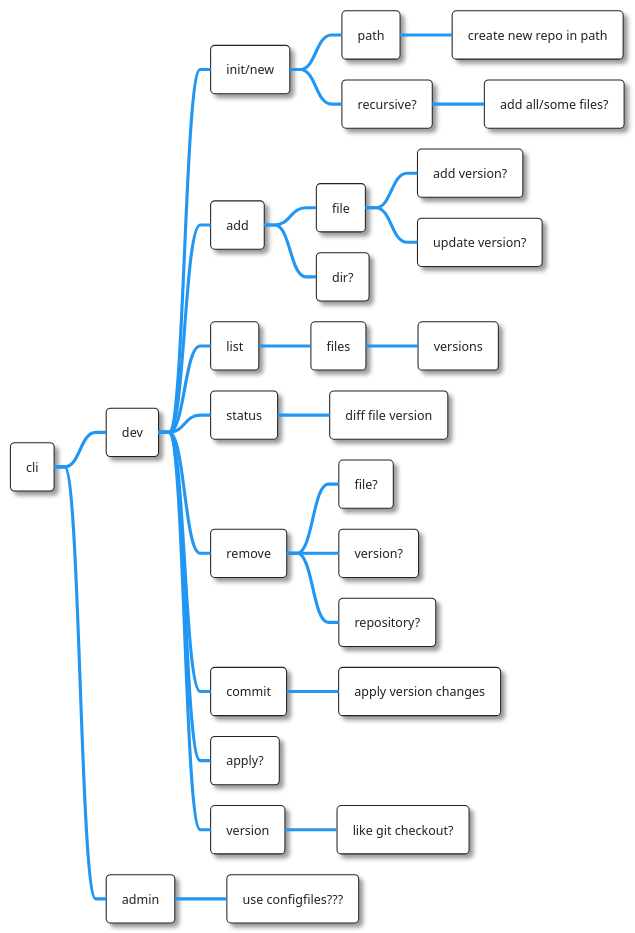
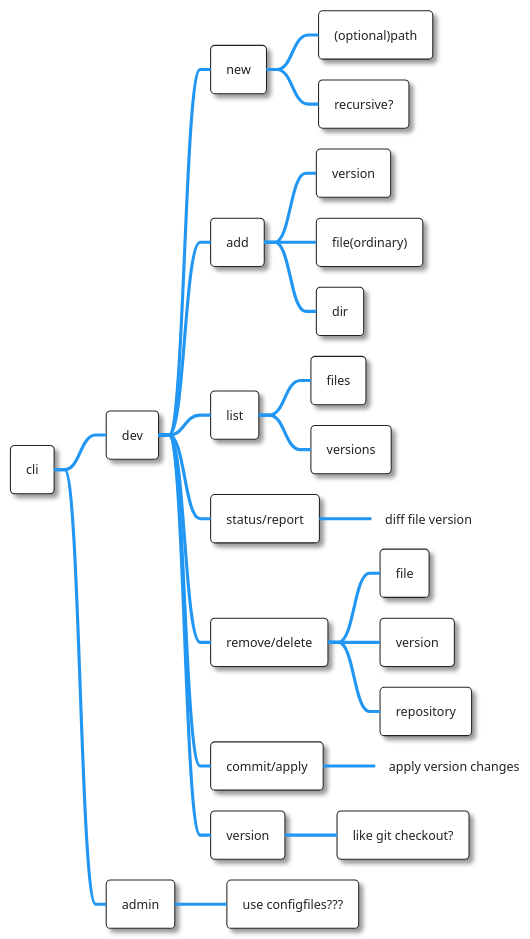
The second of 7 diagrams in docs/diagrams/src/idea.pu (OpenFlowLabs/filecastalogue), drawn with PlantUML before and after one commit. The commit also changed other lines of this file and 4 other files, not shown here.

Commit message:
:necktie: implemented the first basic cli-command, change diagrams

```diff
--- a/docs/diagrams/src/idea.pu
+++ b/docs/diagrams/src/idea.pu
@@ -1,33 +81,29 @@
 @startmindmap cli_mindmap
 !theme materia
 
 * cli
 ** dev
-*** init/new
-**** path
-***** create new repo in path
+*** new
+**** (optional)path
 **** recursive?
-***** add all/some files?
 *** add
-**** file
-***** add version?
-***** update version?
-**** dir?
+**** version
+**** file(ordinary)
+**** dir
 *** list
 **** files
-***** versions
-*** status
-**** diff file version
-*** remove
-**** file?
-**** version?
-**** repository?
-*** commit
-**** apply version changes
-*** apply?
+**** versions
+*** status/report
+****_ diff file version
+*** remove/delete
+**** file
+**** version
+**** repository
+*** commit/apply
+****_ apply version changes
 *** version
 **** like git checkout?
 ** admin
 *** use configfiles???
 
 @endmindmap
```
